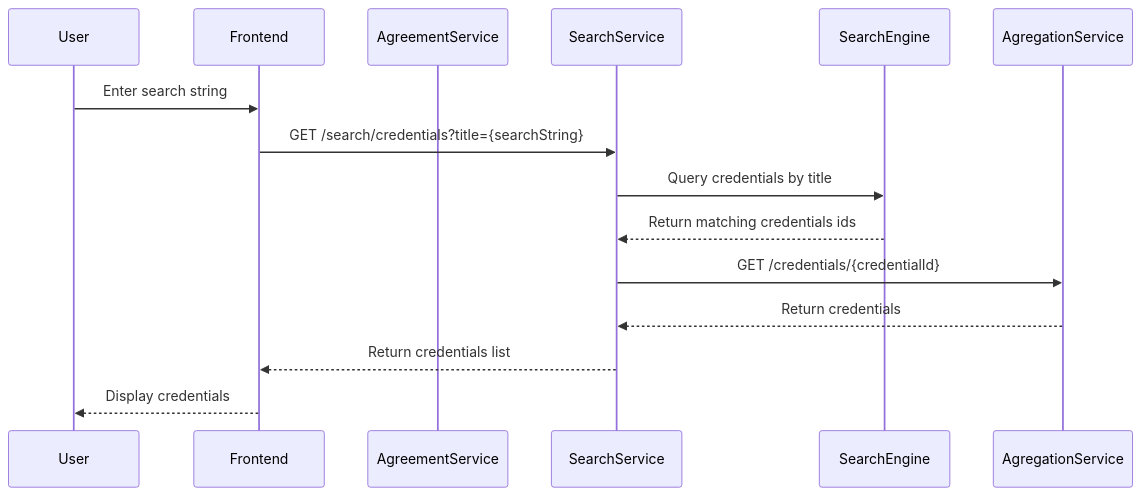
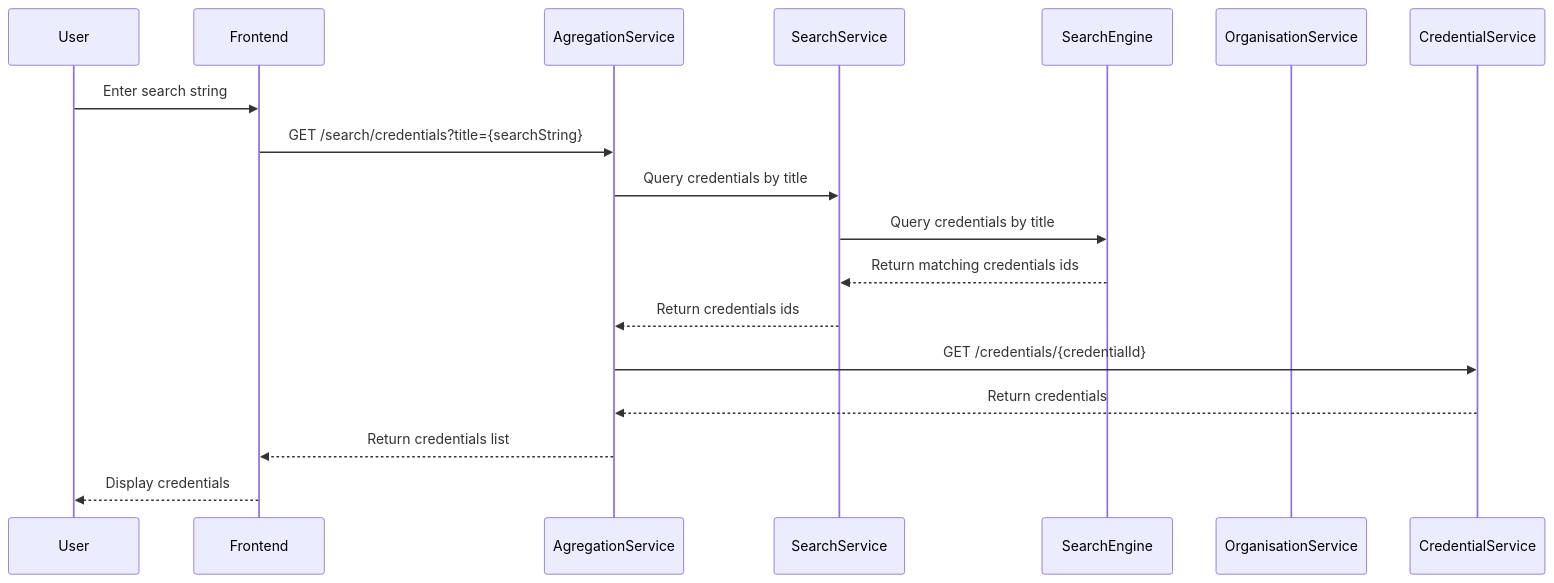
One commit to DO-2K23-26/polypass-archi-technique changed the first of 5 diagrams in src/drafts/search.adoc. Above: the diagram before and after it, drawn with Mermaid. The commit also changed other lines of this file, not shown here.

Commit message:
feat: add search api docs

```diff
--- a/src/drafts/search.adoc
+++ b/src/drafts/search.adoc
@@ -245,18 +245,22 @@
 [mermaid]
 ----
 sequenceDiagram
     participant User
     participant Frontend
-    participant AgreementService
+    participant AgregationService
     participant SearchService
     participant SearchEngine
+    participant OrganisationService
+    participant CredentialService
 
     User->>Frontend: Enter search string
-    Frontend->>SearchService: GET /search/credentials?title={searchString}
+    Frontend->>AgregationService: GET /search/credentials?title={searchString}
+    AgregationService->>SearchService: Query credentials by title
     SearchService->>SearchEngine: Query credentials by title
     SearchEngine-->>SearchService: Return matching credentials ids
-    SearchService->>AgregationService: GET /credentials/{credentialId}
-    AgregationService-->>SearchService: Return credentials
-    SearchService-->>Frontend: Return credentials list
+    SearchService-->>AgregationService: Return credentials ids
+    AgregationService->>CredentialService: GET /credentials/{credentialId}
+    CredentialService-->>AgregationService: Return credentials
+    AgregationService-->>Frontend: Return credentials list
     Frontend-->>User: Display credentials
 ----
```
